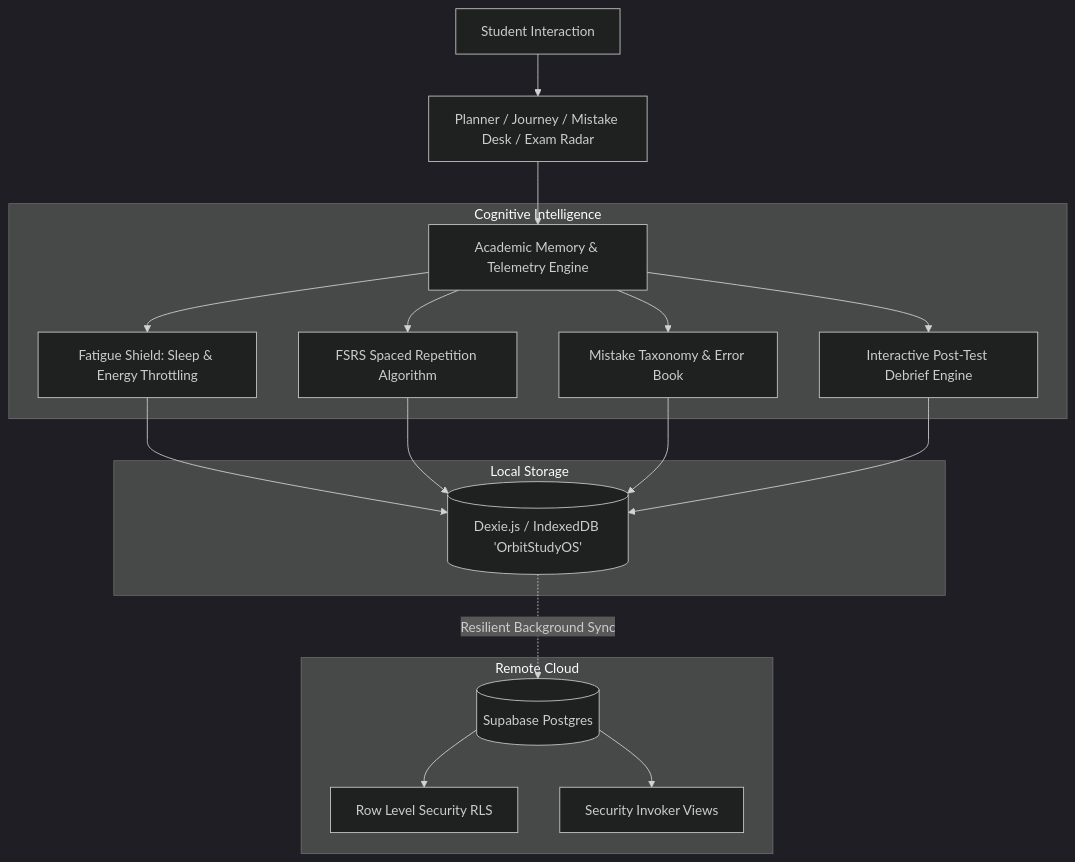
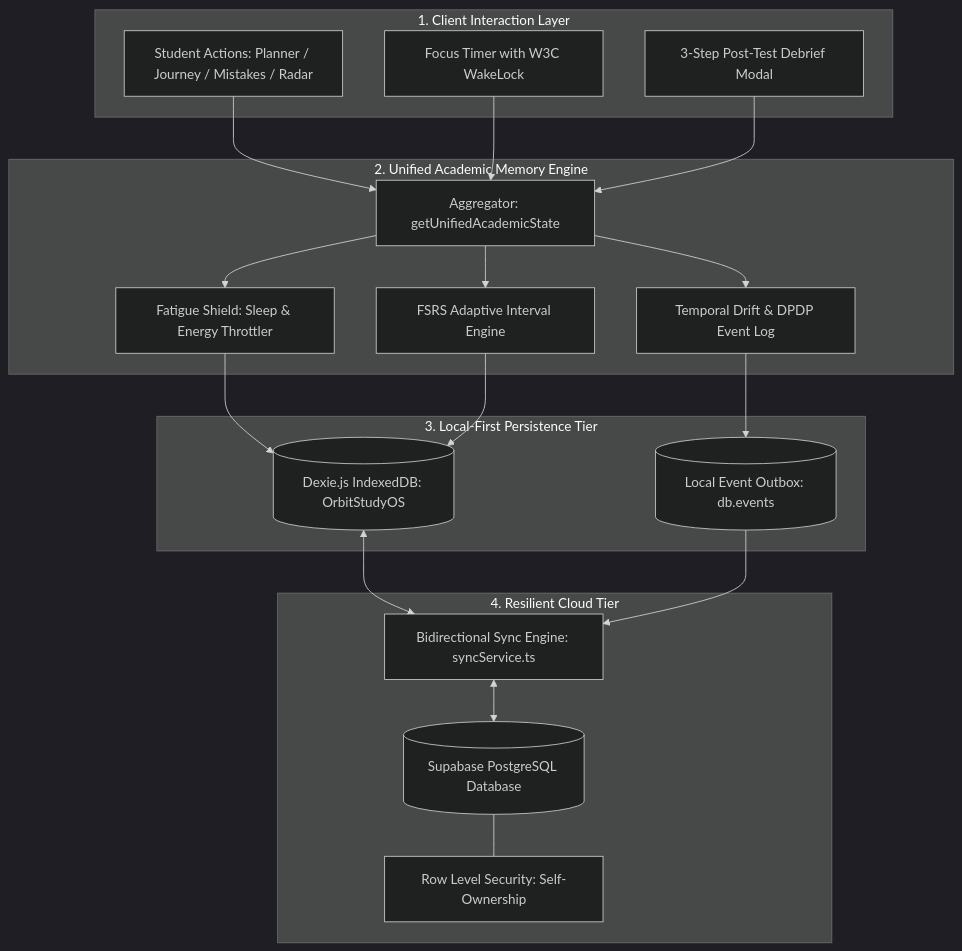
One commit to sky4infy/Orbit-web changed the first of 2 diagrams in README.md. Above: the diagram before and after it, drawn with Mermaid (dark theme). The commit also changed other lines of this file and 3 other files, not shown here.

Commit message:
docs: update README with comprehensive system architecture and mathematical specifications

````diff
--- a/README.md
+++ b/README.md
@@ -53,25 +100,40 @@
 ```mermaid
-graph TD
-    A[Student Interaction] --> B[Planner / Journey / Mistake Desk / Exam Radar]
-    B --> C[Academic Memory & Telemetry Engine]
-    
-    subgraph Cognitive Intelligence
-        C --> D[Fatigue Shield: Sleep & Energy Throttling]
-        C --> E[FSRS Spaced Repetition Algorithm]
-        C --> F[Mistake Taxonomy & Error Book]
-        C --> G[Interactive Post-Test Debrief Engine]
-    end
-    
-    subgraph Local Storage
-        D --> H[(Dexie.js / IndexedDB 'OrbitStudyOS')]
-        E --> H
-        F --> H
-        G --> H
+flowchart TD
+    subgraph Client Experience [1. Client Interaction Layer]
+        UI[Student Actions: Planner / Journey / Mistakes / Radar]
+        Focus[Focus Timer with W3C WakeLock]
+        DebriefModal[3-Step Post-Test Debrief Modal]
     end
 
-    subgraph Remote Cloud
-        H -.->|Resilient Background Sync| I[(Supabase Postgres)]
-        I --> J[Row Level Security RLS]
-        I --> K[Security Invoker Views]
+    subgraph Memory Engine [2. Unified Academic Memory Engine]
+        State[Aggregator: getUnifiedAcademicState]
+        Fatigue[Fatigue Shield: Sleep & Energy Throttler]
+        Scheduler[FSRS Adaptive Interval Engine]
+        Telemetry[Temporal Drift & DPDP Event Log]
     end
+
+    subgraph Local Tier [3. Local-First Persistence Tier]
+        DexieDB[(Dexie.js IndexedDB: OrbitStudyOS)]
+        Outbox[(Local Event Outbox: db.events)]
+    end
+
+    subgraph Cloud Tier [4. Resilient Cloud Tier]
+        SyncEngine[Bidirectional Sync Engine: syncService.ts]
+        Postgres[(Supabase PostgreSQL Database)]
+        RLS[Row Level Security: Self-Ownership]
+    end
+
+    UI --> State
+    Focus --> State
+    DebriefModal --> State
+    State --> Fatigue
+    State --> Scheduler
+    State --> Telemetry
+    Fatigue --> DexieDB
+    Scheduler --> DexieDB
+    Telemetry --> Outbox
+    DexieDB <--> SyncEngine
+    Outbox --> SyncEngine
+    SyncEngine <--> Postgres
+    Postgres --- RLS
 ```
````
